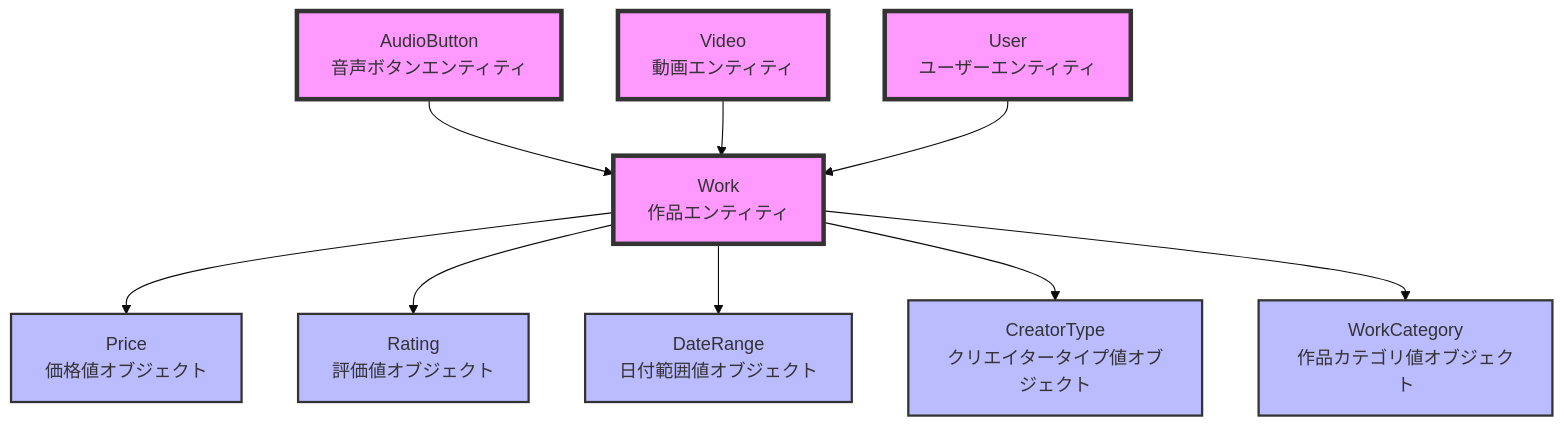
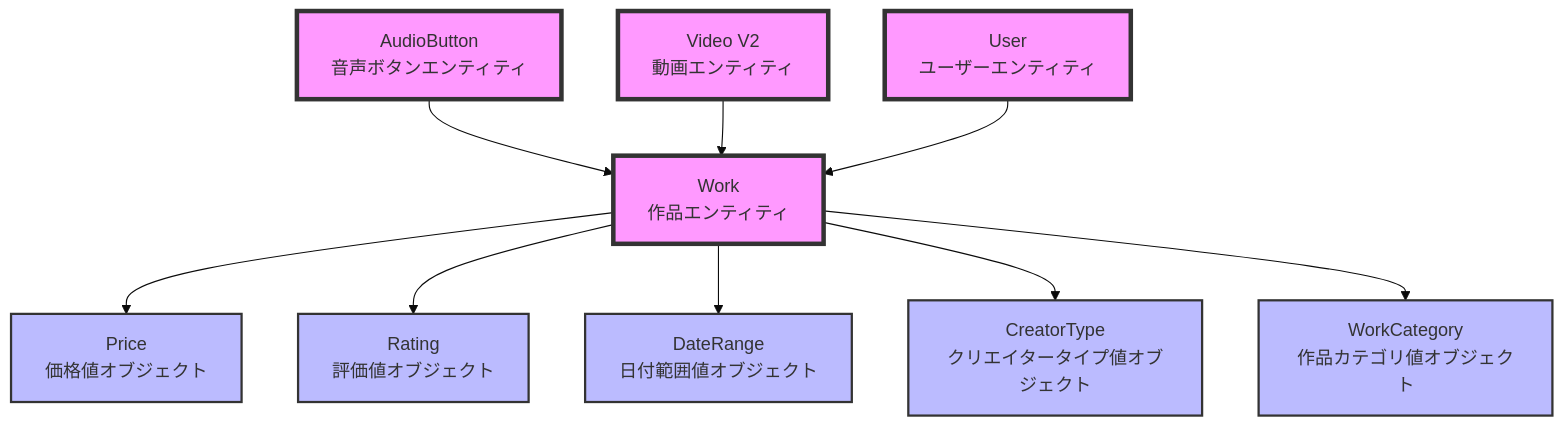
The first of 14 diagrams in docs/DOMAIN_MODEL.md (nothink-jp/suzumina.click), drawn with Mermaid (base theme) before and after one commit. The commit also changed other lines of this file and 15 other files, not shown here.

````diff
--- a/docs/DOMAIN_MODEL.md
+++ b/docs/DOMAIN_MODEL.md
@@ -9,38 +9,38 @@
 ```mermaid
 graph TB
     %% エンティティ
     Work[Work<br/>作品エンティティ]
     User[User<br/>ユーザーエンティティ]
     AudioButton[AudioButton<br/>音声ボタンエンティティ]
-    Video[Video<br/>動画エンティティ]
+    Video[Video V2<br/>動画エンティティ]
     
     %% 値オブジェクト
     Price[Price<br/>価格値オブジェクト]
     Rating[Rating<br/>評価値オブジェクト]
     DateRange[DateRange<br/>日付範囲値オブジェクト]
     CreatorType[CreatorType<br/>クリエイタータイプ値オブジェクト]
     WorkCategory[WorkCategory<br/>作品カテゴリ値オブジェクト]
     
     %% 関係性
     Work --> Price
     Work --> Rating
     Work --> DateRange
     Work --> CreatorType
     Work --> WorkCategory
     
     AudioButton --> Work
     Video --> Work
     
     User --> Work
     
     style Work fill:#f9f,stroke:#333,stroke-width:4px
     style User fill:#f9f,stroke:#333,stroke-width:4px
     style AudioButton fill:#f9f,stroke:#333,stroke-width:4px
     style Video fill:#f9f,stroke:#333,stroke-width:4px
     
     style Price fill:#bbf,stroke:#333,stroke-width:2px
     style Rating fill:#bbf,stroke:#333,stroke-width:2px
     style DateRange fill:#bbf,stroke:#333,stroke-width:2px
     style CreatorType fill:#bbf,stroke:#333,stroke-width:2px
     style WorkCategory fill:#bbf,stroke:#333,stroke-width:2px
 ```
````
